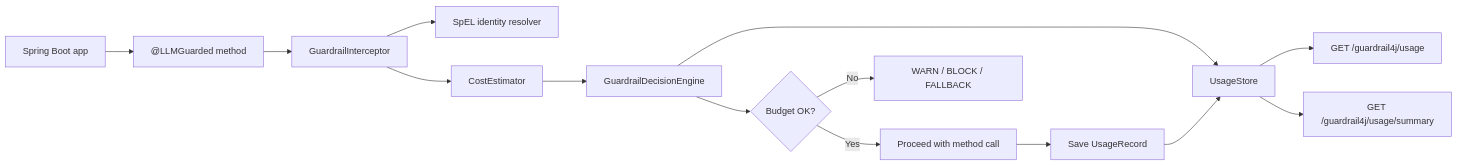
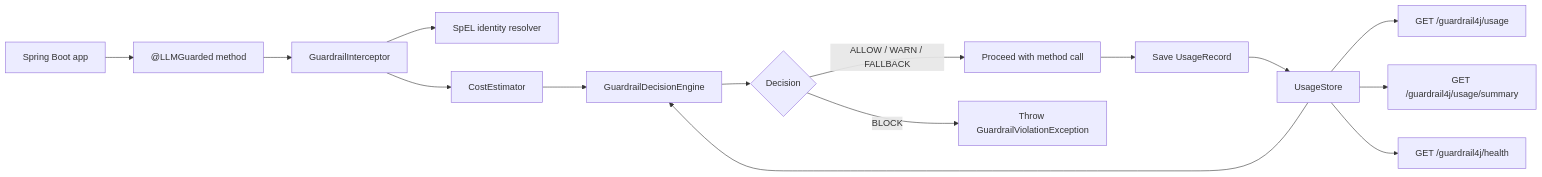
The diagram in README.md (AbaSheger/guardrail4j), drawn with Mermaid before and after one commit. The commit also changed other lines of this file, not shown here.

Commit message:
Correct README architecture flow

````diff
--- a/README.md
+++ b/README.md
@@ -140,16 +140,17 @@
 ```mermaid
 flowchart LR
     App["Spring Boot app"] --> Guarded["@LLMGuarded method"]
     Guarded --> Interceptor["GuardrailInterceptor"]
     Interceptor --> Spel["SpEL identity resolver"]
     Interceptor --> Cost["CostEstimator"]
     Cost --> Decision["GuardrailDecisionEngine"]
-    Decision --> Store["UsageStore"]
-    Decision --> Allow{"Budget OK?"}
-    Allow -->|Yes| Proceed["Proceed with method call"]
-    Allow -->|No| Action["WARN / BLOCK / FALLBACK"]
+    Store["UsageStore"] --> Decision
+    Decision --> Allow{"Decision"}
+    Allow -->|ALLOW / WARN / FALLBACK| Proceed["Proceed with method call"]
+    Allow -->|BLOCK| Block["Throw GuardrailViolationException"]
     Proceed --> Record["Save UsageRecord"]
     Record --> Store
     Store --> Usage["GET /guardrail4j/usage"]
     Store --> Summary["GET /guardrail4j/usage/summary"]
+    Store --> Health["GET /guardrail4j/health"]
 ```
````
